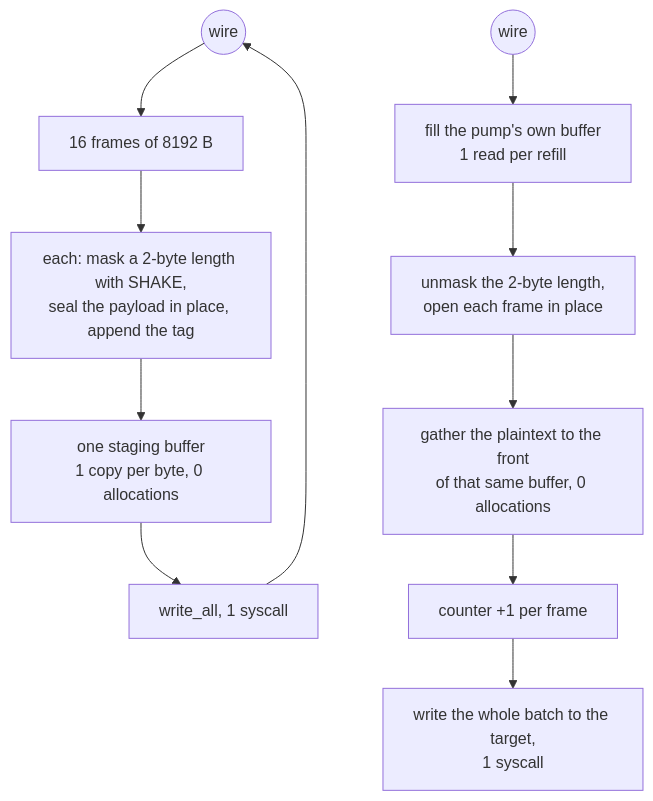
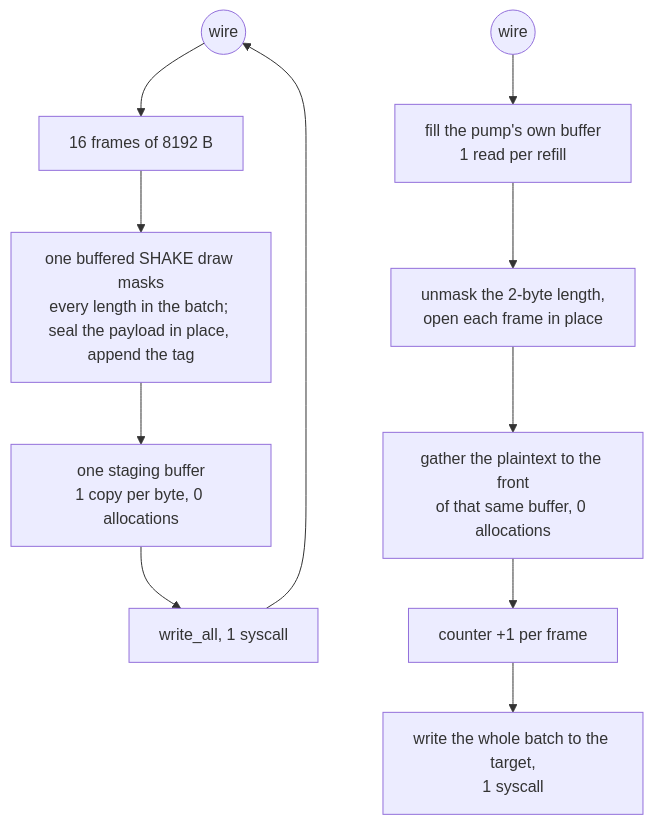
The diagram in docs/function/vmess.md (Ferrocite/ferrox), drawn with Mermaid before and after one commit. The commit also changed other lines of this file, not shown here.

Commit message:
docs: the vmess batch pays one SHAKE read and names its frame

````diff
--- a/docs/function/vmess.md
+++ b/docs/function/vmess.md
@@ -23,13 +23,13 @@
 ```mermaid
 graph TD
     W["plaintext read, 128 KiB"] --> W1["16 frames of 8192 B"]
-    W1 --> W2["each: mask a 2-byte length with SHAKE,<br/>seal the payload in place, append the tag"]
+    W1 --> W2["one buffered SHAKE draw masks<br/>every length in the batch; seal the payload in place, append the tag"]
     W2 --> W3["one staging buffer<br/>1 copy per byte, 0 allocations"]
     W3 --> W4["write_all, 1 syscall"]
     W4 --> W(("wire"))
     R(("wire")) --> R1["fill the pump's own buffer<br/>1 read per refill"]
     R1 --> R2["unmask the 2-byte length,<br/>open each frame in place"]
     R2 --> R3["gather the plaintext to the front<br/>of that same buffer, 0 allocations"]
     R3 --> R4["counter +1 per frame"]
     R4 --> R5["write the whole batch to the target,<br/>1 syscall"]
 ```
````
